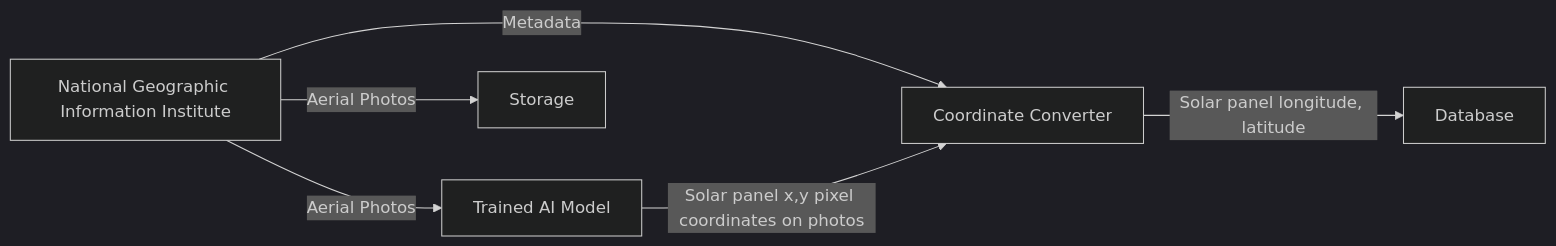
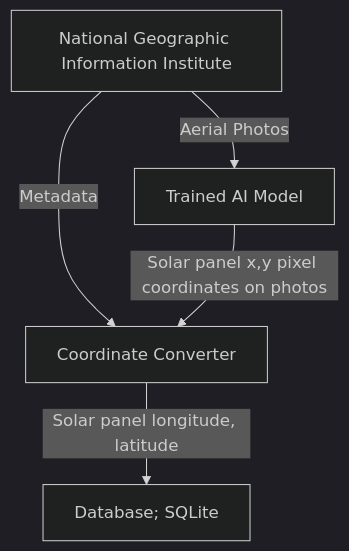
Before and after one commit to skykhs3/skykhs3.github.io: the second of 4 diagrams in _posts/2025-04-07-retrospective-kakao-impact.md, drawn with Mermaid (dark theme). The commit also changed other lines of this file, not shown here.

````diff
--- a/_posts/2025-04-07-retrospective-kakao-impact.md
+++ b/_posts/2025-04-07-retrospective-kakao-impact.md
@@ -47,8 +47,7 @@
 ```mermaid
-flowchart LR
+flowchart TD
     A[National Geographic Information Institute] -->|Aerial Photos| B[Trained AI Model]
-    A[National Geographic Information Institute] -->|Aerial Photos| D[Storage]
     A[National Geographic Information Institute] -->|Metadata| C[Coordinate Converter]
     B[Trained AI Model] -->|Solar panel x,y pixel coordinates on photos| C[Coordinate Converter]
-    C[Coordinate Converter] -->|Solar panel longitude, latitude| E[Database]
+    C[Coordinate Converter] -->|Solar panel longitude, latitude| E[Database; SQLite]
 ```
````
